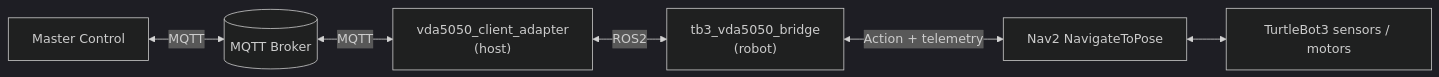
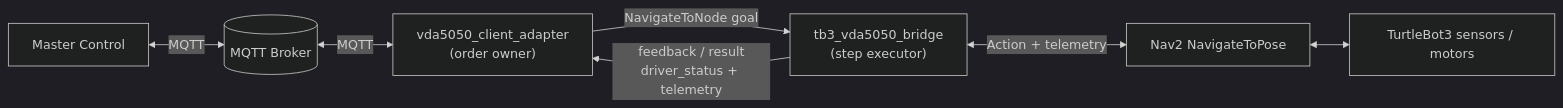
The first of 2 diagrams in tb3_vda5050_bridge/docs/architecture.md (NhatTran-97/eiu-vda5050-support-open-rmf), drawn with Mermaid (dark theme) before and after one commit. The commit also changed other lines of this file and 18 other files, not shown here.

First line of the commit message:
tb3_vda5050_bridge: execute NavigateToNode steps, drop bridge-side order

````diff
--- a/tb3_vda5050_bridge/docs/architecture.md
+++ b/tb3_vda5050_bridge/docs/architecture.md
@@ -14,15 +17,16 @@
 ```mermaid
 flowchart LR
     MC["Master Control"]
     Broker[("MQTT Broker")]
-    Adapter["vda5050_client_adapter\n(host)"]
-    Bridge["tb3_vda5050_bridge\n(robot)"]
+    Adapter["vda5050_client_adapter\n(order owner)"]
+    Bridge["tb3_vda5050_bridge\n(step executor)"]
     Nav2["Nav2 NavigateToPose"]
     TB3["TurtleBot3 sensors / motors"]
 
     MC <-->|MQTT| Broker
     Broker <-->|MQTT| Adapter
-    Adapter <-->|ROS2| Bridge
+    Adapter -->|NavigateToNode goal| Bridge
+    Bridge -->|feedback / result\ndriver_status + telemetry| Adapter
     Bridge <-->|Action + telemetry| Nav2
     Nav2 <--> TB3
 ```
````
